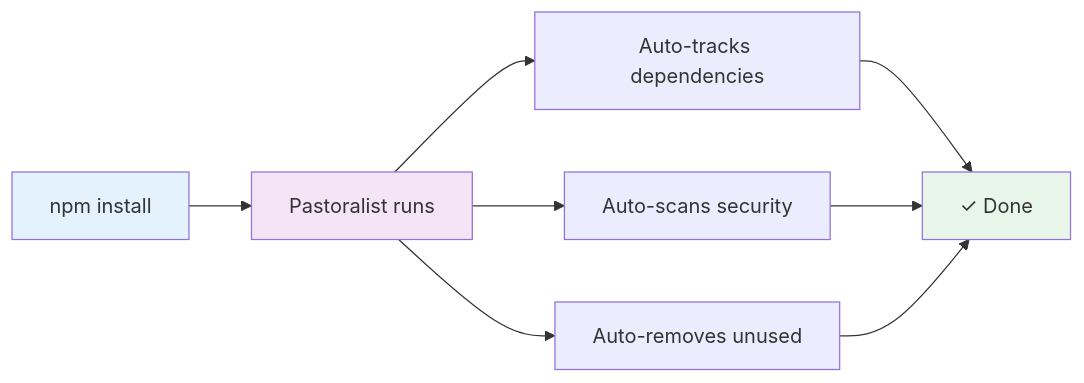
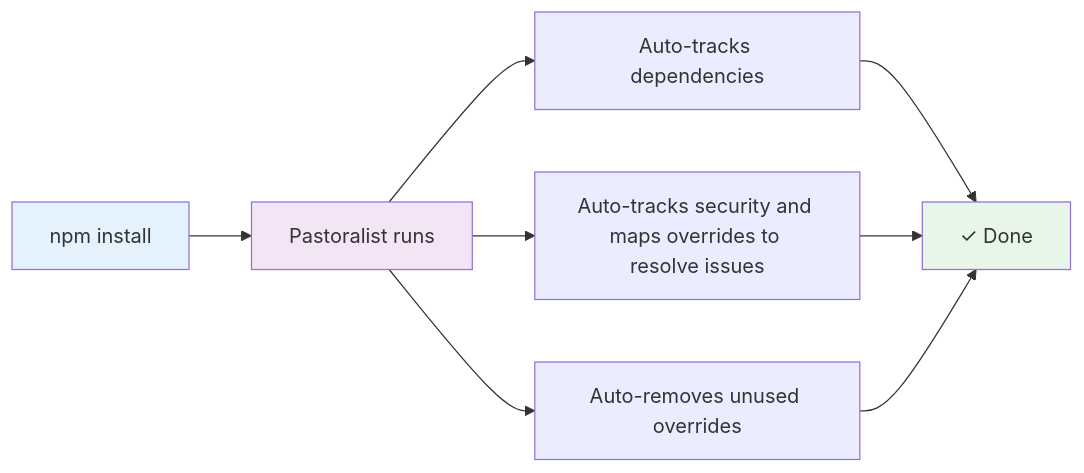
Before and after one commit to yowainwright/pastoralist: the second of 6 diagrams in README.md, drawn with Mermaid. The commit also changed other lines of this file and 9 other files, not shown here.

````diff
--- a/README.md
+++ b/README.md
@@ -109,14 +113,14 @@
 ```mermaid
 flowchart LR
     Install[npm install] --> Auto[Pastoralist runs]
     Auto --> Track[Auto-tracks dependencies]
-    Auto --> Scan[Auto-scans security]
-    Auto --> Clean[Auto-removes unused]
+    Auto --> Scan[Auto-tracks security and maps overrides to resolve issues]
+    Auto --> Clean[Auto-removes unused overrides]
     Track --> Done[✓ Done]
     Scan --> Done
     Clean --> Done
 
     style Install fill:#e3f2fd
     style Auto fill:#f3e5f5
     style Done fill:#e8f5e9
 ```
````
